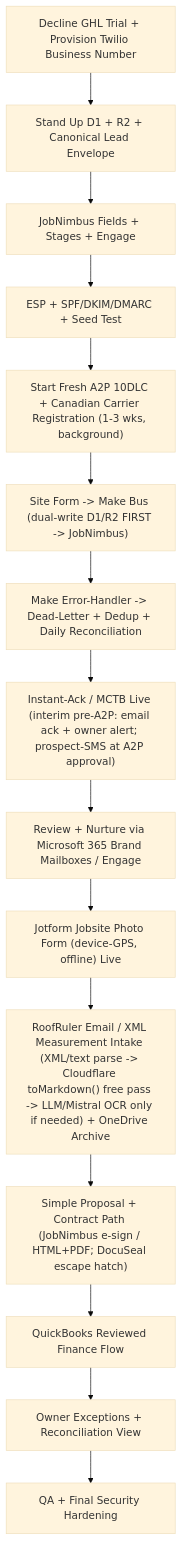
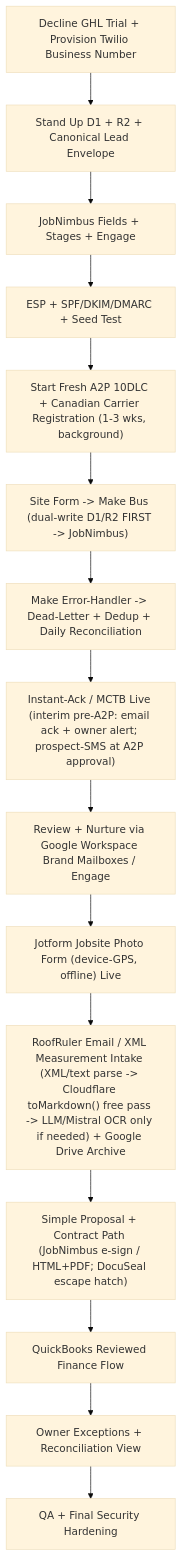
Before and after one commit to Iron-Wrap/ironwrap-os: the diagram in final-spec-pack/15-first-deliverable-existing-stack-plan.md, drawn with Mermaid (base theme). The commit also changed other lines of this file and 36 other files, not shown here.

````diff
--- a/final-spec-pack/15-first-deliverable-existing-stack-plan.md
+++ b/final-spec-pack/15-first-deliverable-existing-stack-plan.md
@@ -116,17 +111,17 @@
 ```mermaid
 flowchart TD
   A["Decline GHL Trial + Provision Twilio Business Number"] --> B["Stand Up D1 + R2 + Canonical Lead Envelope"]
   B --> C["JobNimbus Fields + Stages + Engage"]
   C --> D["ESP + SPF/DKIM/DMARC + Seed Test"]
   D --> E["Start Fresh A2P 10DLC + Canadian Carrier Registration (1-3 wks, background)"]
   E --> F["Site Form -> Make Bus (dual-write D1/R2 FIRST -> JobNimbus)"]
   F --> G["Make Error-Handler -> Dead-Letter + Dedup + Daily Reconciliation"]
   G --> H["Instant-Ack / MCTB Live (interim pre-A2P: email ack + owner alert; prospect-SMS at A2P approval)"]
-  H --> I["Review + Nurture via Microsoft 365 Brand Mailboxes / Engage"]
+  H --> I["Review + Nurture via Google Workspace Brand Mailboxes / Engage"]
   I --> J["Jotform Jobsite Photo Form (device-GPS, offline) Live"]
-  J --> K["RoofRuler Email / XML Measurement Intake (XML/text parse -> Cloudflare toMarkdown() free pass -> LLM/Mistral OCR only if needed) + OneDrive Archive"]
+  J --> K["RoofRuler Email / XML Measurement Intake (XML/text parse -> Cloudflare toMarkdown() free pass -> LLM/Mistral OCR only if needed) + Google Drive Archive"]
   K --> L["Simple Proposal + Contract Path (JobNimbus e-sign / HTML+PDF; DocuSeal escape hatch)"]
   L --> M["QuickBooks Reviewed Finance Flow"]
   M --> P["Owner Exceptions + Reconciliation View"]
   P --> Q["QA + Final Security Hardening"]
 ```
````
